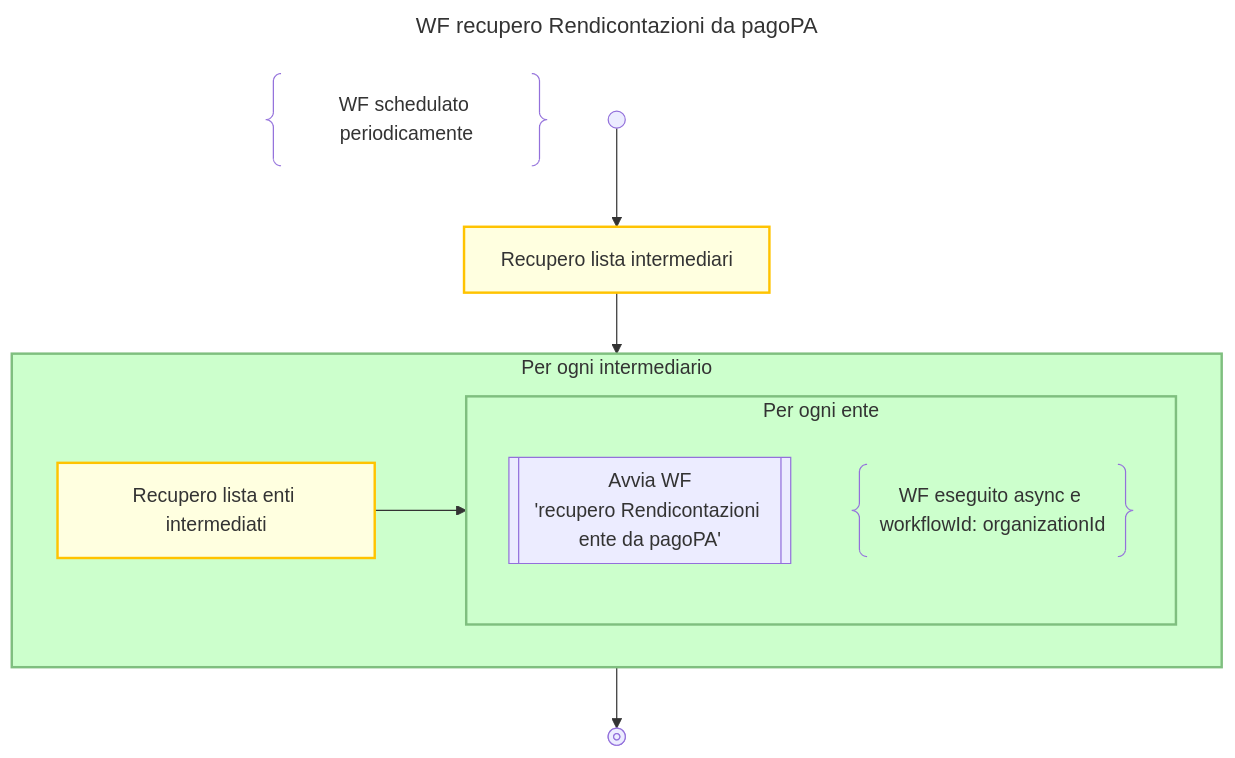
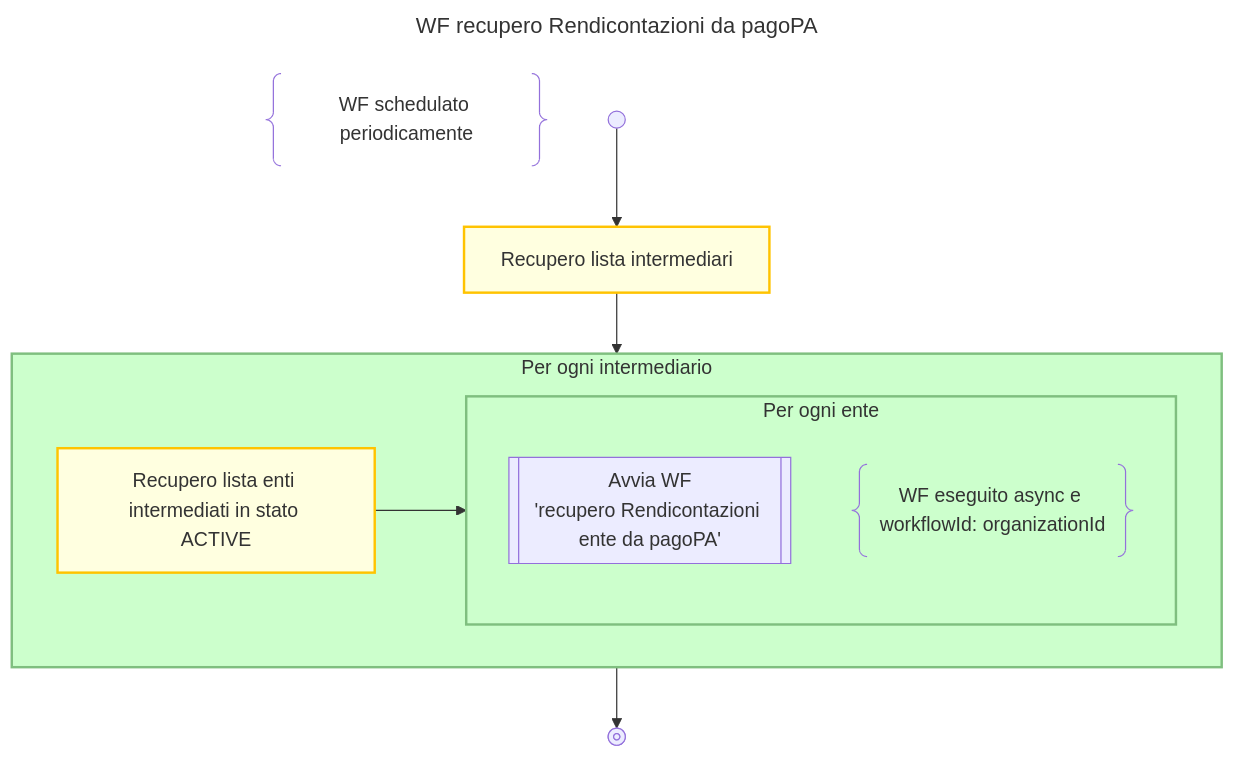
Before and after one commit to pagopa/p4pa-doc: the diagram in design/workflow/classificazioneIncassi/03.rendicontazione-fetch.mmd, drawn with Mermaid. The commit also changed 1 other file, not shown here.

Commit message:
fix: paymentsReporting fetching just ACTIVE organizations

```diff
--- a/design/workflow/classificazioneIncassi/03.rendicontazione-fetch.mmd
+++ b/design/workflow/classificazioneIncassi/03.rendicontazione-fetch.mmd
@@ -1,28 +1,28 @@
 ---
 title: WF recupero Rendicontazioni da pagoPA
 ---
 flowchart TD
     DESCRIPTION@{ shape: braces, label: "WF schedulato periodicamente" }
 
     START@{shape: start} -->
     FETCH_BROKER_LIST:::activity@{label: "Recupero lista intermediari"} -->
     BROKER_LOOP
 
     subgraph BROKER_LOOP["Per ogni intermediario"]
-        FETCH_ORG_LIST:::activity@{label: "Recupero lista enti intermediati"} -->
+        FETCH_ORG_LIST:::activity@{label: "Recupero lista enti intermediati in stato ACTIVE"} -->
         ORG_FETCH_WF_LOOP
 
         subgraph ORG_FETCH_WF_LOOP["Per ogni ente"]
             FETCH_FILE[["Avvia WF<BR/>'recupero Rendicontazioni ente da pagoPA'"]]
 
             NOTE@{ shape: braces, label: "WF eseguito async e workflowId: organizationId" }
         end
         class ORG_FETCH_WF_LOOP loop
     end
     class BROKER_LOOP loop
 
     BROKER_LOOP --> END@{shape: stop}
 
     classDef disable display:none;
     classDef activity fill:#FFFFE0, stroke:#ffc300, stroke-width:2px;
     classDef loop fill:#CCFFCC, stroke:#7FBF7F, stroke-width:2px, padding-bottom: 5px;
```
